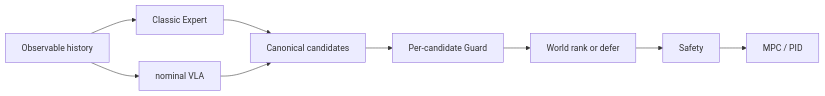
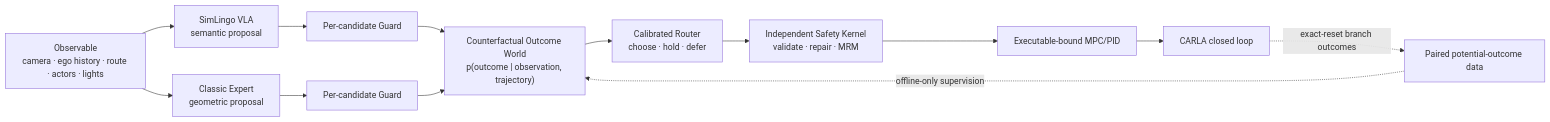
Before and after one commit to BaiYeGX/safedrive-foundry: the diagram in README.md, drawn with Mermaid. The commit also changed other lines of this file and 34 other files, not shown here.

````diff
--- a/README.md
+++ b/README.md
@@ -7,11 +17,15 @@
 ```mermaid
 flowchart LR
-    O["Observable history"] --> E["Classic Expert"]
-    O --> L["nominal VLA"]
-    E --> C["Canonical candidates"]
-    L --> C
-    C --> G["Per-candidate Guard"]
-    G --> W["World rank or defer"]
-    W --> S["Safety"]
-    S --> M["MPC / PID"]
+    O["Observable<br/>camera · ego history · route · actors · lights"] --> V["SimLingo VLA<br/>semantic proposal"]
+    O --> E["Classic Expert<br/>geometric proposal"]
+    V --> GV["Per-candidate Guard"]
+    E --> GE["Per-candidate Guard"]
+    GV --> W["Counterfactual Outcome World<br/>p(outcome | observation, trajectory)"]
+    GE --> W
+    W --> R["Calibrated Router<br/>choose · hold · defer"]
+    R --> S["Independent Safety Kernel<br/>validate · repair · MRM"]
+    S --> C["Executable-bound MPC/PID"]
+    C --> L["CARLA closed loop"]
+    L -. "exact-reset branch outcomes" .-> D["Paired potential-outcome data"]
+    D -. "offline-only supervision" .-> W
 ```
````
